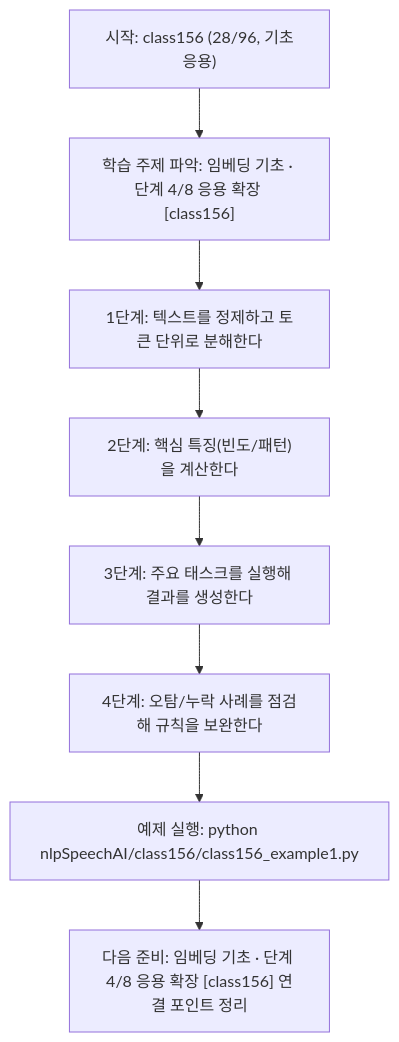
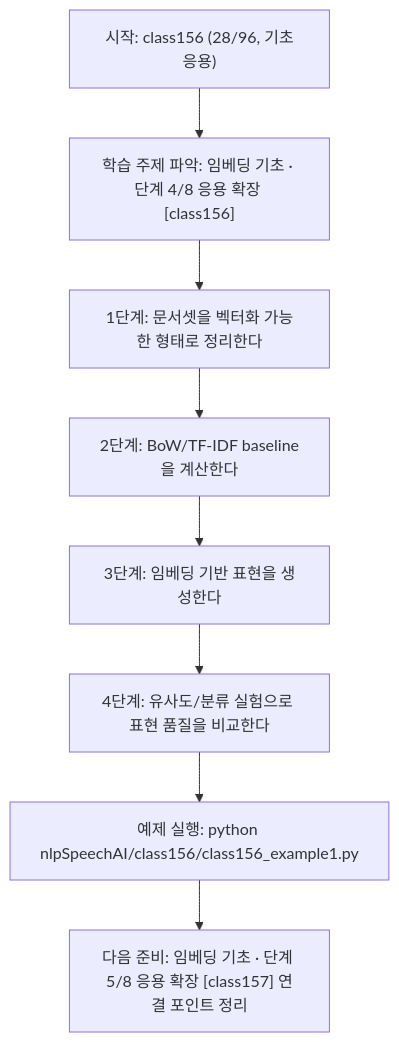
Before and after one commit to edumgt/Python-AI_Agent-Class: the diagram in nlpSpeechAI/class156/class156.md, drawn with Mermaid. The commit also changed other lines of this file and 1122 other files, not shown here.

````diff
--- a/nlpSpeechAI/class156/class156.md
+++ b/nlpSpeechAI/class156/class156.md
@@ -113,18 +95,18 @@
 ```mermaid
 flowchart TD
 N1["시작: class156 (28/96, 기초응용)"]
 N2["학습 주제 파악: 임베딩 기초 · 단계 4/8 응용 확장 [class156]"]
-N3["1단계: 텍스트를 정제하고 토큰 단위로 분해한다"]
-N4["2단계: 핵심 특징(빈도/패턴)을 계산한다"]
-N5["3단계: 주요 태스크를 실행해 결과를 생성한다"]
-N6["4단계: 오탐/누락 사례를 점검해 규칙을 보완한다"]
+N3["1단계: 문서셋을 벡터화 가능한 형태로 정리한다"]
+N4["2단계: BoW/TF-IDF baseline을 계산한다"]
+N5["3단계: 임베딩 기반 표현을 생성한다"]
+N6["4단계: 유사도/분류 실험으로 표현 품질을 비교한다"]
 N7["예제 실행: python nlpSpeechAI/class156/class156_example1.py"]
-N8["다음 준비: 임베딩 기초 · 단계 4/8 응용 확장 [class156] 연결 포인트 정리"]
+N8["다음 준비: 임베딩 기초 · 단계 5/8 응용 확장 [class157] 연결 포인트 정리"]
 N1 --> N2
 N2 --> N3
 N3 --> N4
 N4 --> N5
 N5 --> N6
 N6 --> N7
 N7 --> N8
 ```
````
